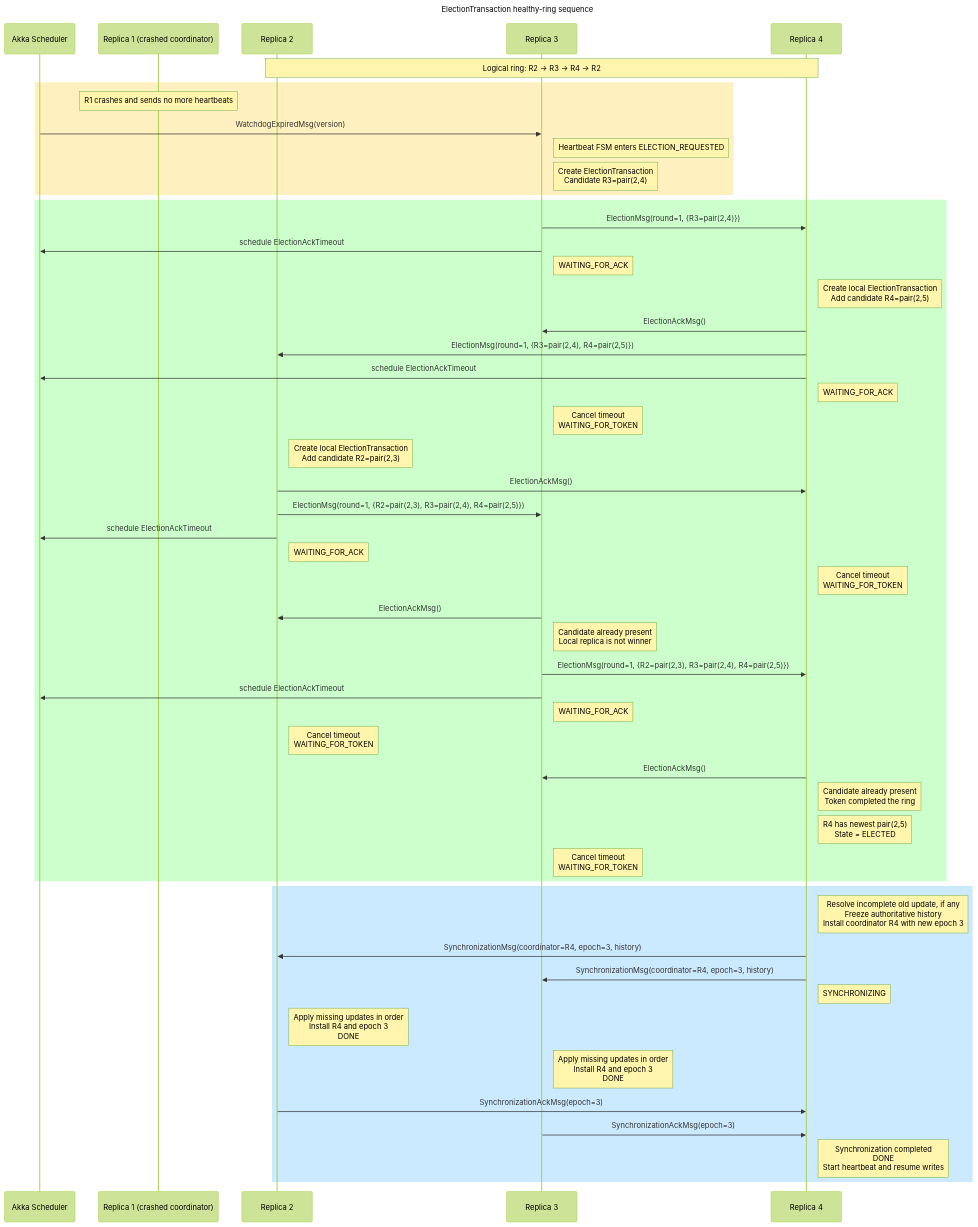
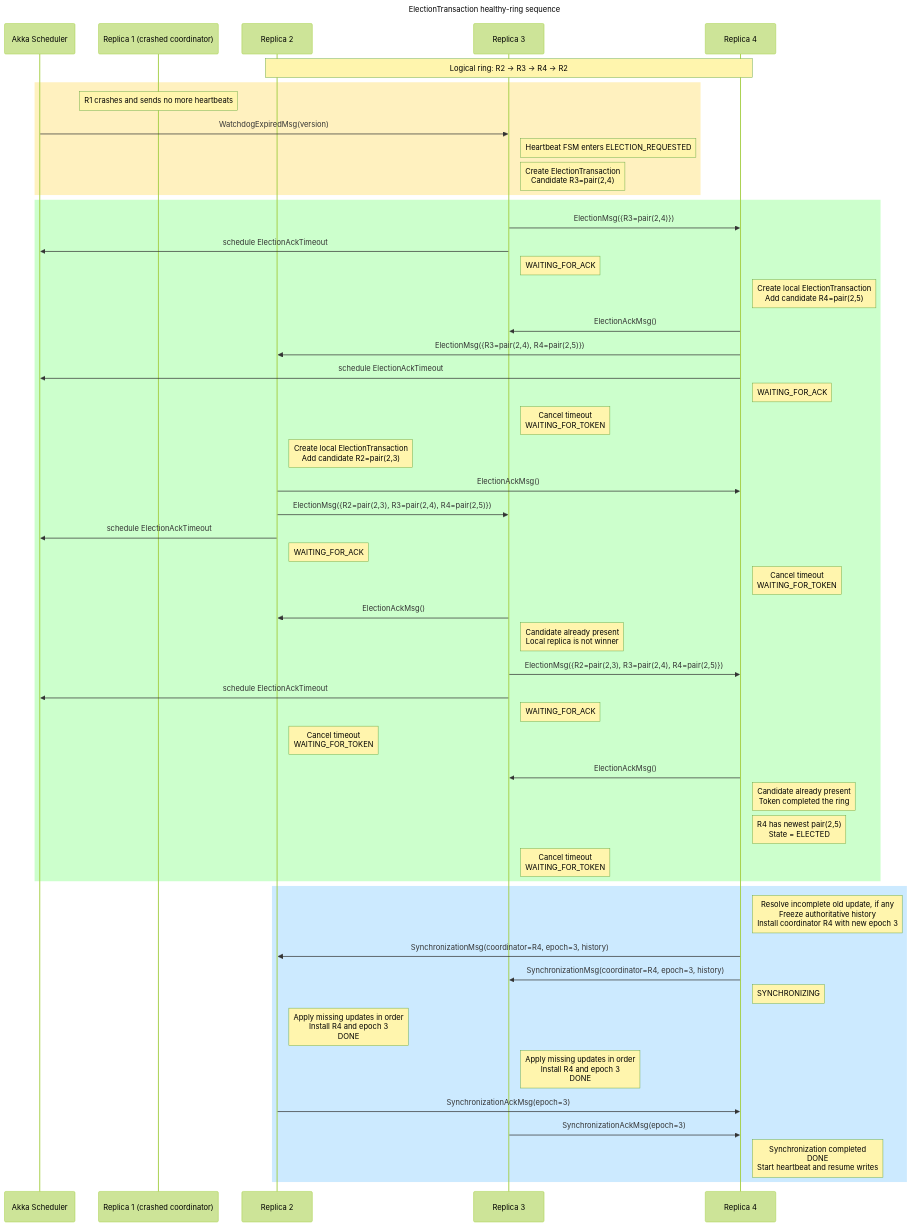
One commit to alanmasu/CoreDump_DS_Project changed the diagram in charts/Transactions/transaction_Election.mmd. Above: the diagram before and after it, drawn with Mermaid. The commit also changed 2 other files, not shown here.

Commit message:
feat: define election ordering and protocol messages.
Add deterministic candidate comparison and ring navigation with wraparound and failed-replica skipping.

Introduce immutable ElectionMsg, ElectionAckMsg, and local ElectionAckTimeoutMsg objects. Add regression coverage and update the election sequence diagram to match the simplified message contract.

```diff
--- a/charts/Transactions/transaction_Election.mmd
+++ b/charts/Transactions/transaction_Election.mmd
@@ -1,73 +1,73 @@
 ---
 title: ElectionTransaction healthy-ring sequence
 config:
   theme: forest
 ---
 
 sequenceDiagram
     participant S as Akka Scheduler
     participant R1 as Replica 1 (crashed coordinator)
     participant R2 as Replica 2
     participant R3 as Replica 3
     participant R4 as Replica 4
 
     Note over R2,R4: Logical ring: R2 -> R3 -> R4 -> R2
 
     rect rgba(255, 200, 0, 0.25)
         Note over R1: R1 crashes and sends no more heartbeats
         S ->> R3: WatchdogExpiredMsg(version)
         Note right of R3: Heartbeat FSM enters ELECTION_REQUESTED
         Note right of R3: Create ElectionTransaction<br/>Candidate R3=pair(2,4)
     end
 
     rect rgba(0, 255, 0, 0.20)
-        R3 ->> R4: ElectionMsg(round=1, {R3=pair(2,4)})
+        R3 ->> R4: ElectionMsg({R3=pair(2,4)})
         R3 ->> S: schedule ElectionAckTimeout
         Note right of R3: WAITING_FOR_ACK
 
         Note right of R4: Create local ElectionTransaction<br/>Add candidate R4=pair(2,5)
         R4 ->> R3: ElectionAckMsg()
-        R4 ->> R2: ElectionMsg(round=1, {R3=pair(2,4), R4=pair(2,5)})
+        R4 ->> R2: ElectionMsg({R3=pair(2,4), R4=pair(2,5)})
         R4 ->> S: schedule ElectionAckTimeout
         Note right of R4: WAITING_FOR_ACK
 
         Note right of R3: Cancel timeout<br/>WAITING_FOR_TOKEN
 
         Note right of R2: Create local ElectionTransaction<br/>Add candidate R2=pair(2,3)
         R2 ->> R4: ElectionAckMsg()
-        R2 ->> R3: ElectionMsg(round=1, {R2=pair(2,3), R3=pair(2,4), R4=pair(2,5)})
+        R2 ->> R3: ElectionMsg({R2=pair(2,3), R3=pair(2,4), R4=pair(2,5)})
         R2 ->> S: schedule ElectionAckTimeout
         Note right of R2: WAITING_FOR_ACK
 
         Note right of R4: Cancel timeout<br/>WAITING_FOR_TOKEN
 
         R3 ->> R2: ElectionAckMsg()
         Note right of R3: Candidate already present<br/>Local replica is not winner
-        R3 ->> R4: ElectionMsg(round=1, {R2=pair(2,3), R3=pair(2,4), R4=pair(2,5)})
+        R3 ->> R4: ElectionMsg({R2=pair(2,3), R3=pair(2,4), R4=pair(2,5)})
         R3 ->> S: schedule ElectionAckTimeout
         Note right of R3: WAITING_FOR_ACK
 
         Note right of R2: Cancel timeout<br/>WAITING_FOR_TOKEN
 
         R4 ->> R3: ElectionAckMsg()
         Note right of R4: Candidate already present<br/>Token completed the ring
         Note right of R4: R4 has newest pair(2,5)<br/>State = ELECTED
         Note right of R3: Cancel timeout<br/>WAITING_FOR_TOKEN
     end
 
     rect rgba(0, 150, 255, 0.20)
         Note right of R4: Resolve incomplete old update, if any<br/>Freeze authoritative history<br/>Install coordinator R4 with new epoch 3
         R4 ->> R2: SynchronizationMsg(coordinator=R4, epoch=3, history)
         R4 ->> R3: SynchronizationMsg(coordinator=R4, epoch=3, history)
         Note right of R4: SYNCHRONIZING
 
         Note right of R2: Apply missing updates in order<br/>Install R4 and epoch 3<br/>DONE
         Note right of R3: Apply missing updates in order<br/>Install R4 and epoch 3<br/>DONE
 
         %% Proposed acknowledgements make synchronization completion observable
         %% to the new coordinator before it resumes processing writes.
         R2 ->> R4: SynchronizationAckMsg(epoch=3)
         R3 ->> R4: SynchronizationAckMsg(epoch=3)
 
         Note right of R4: Synchronization completed<br/>DONE<br/>Start heartbeat and resume writes
     end
```
